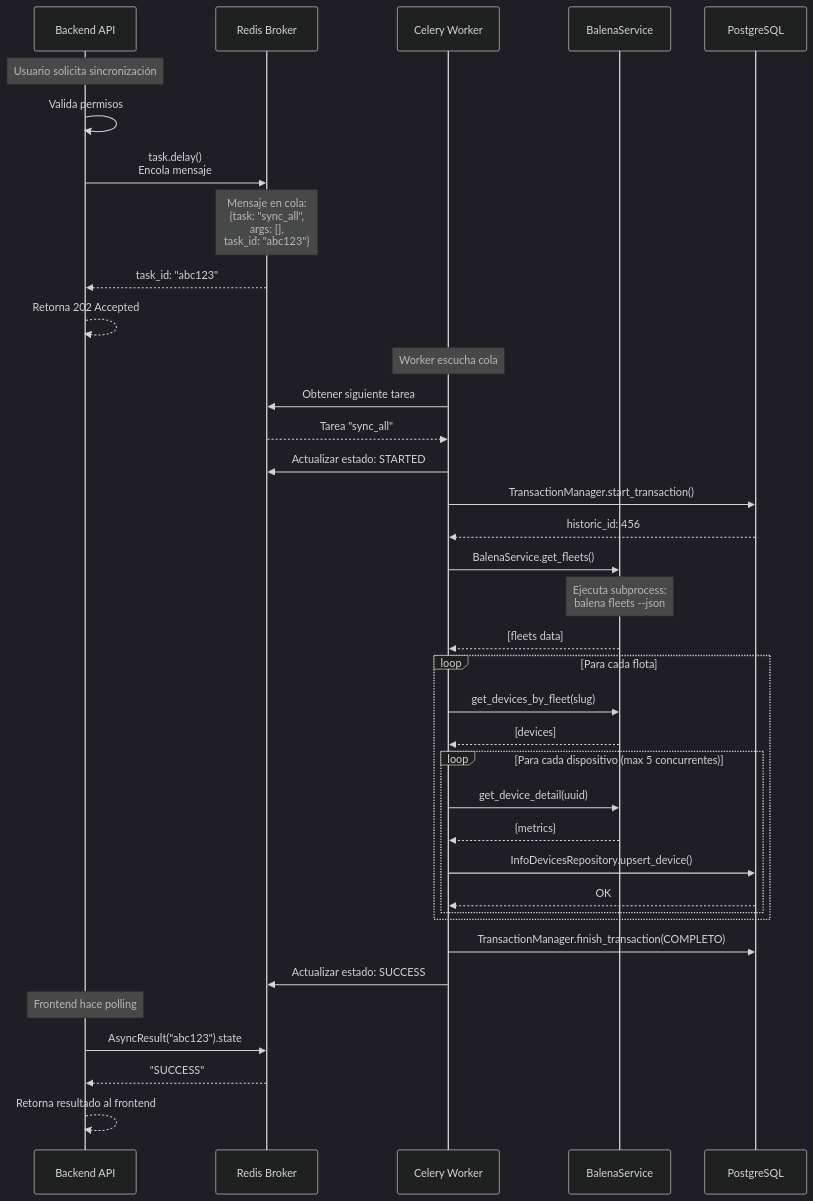
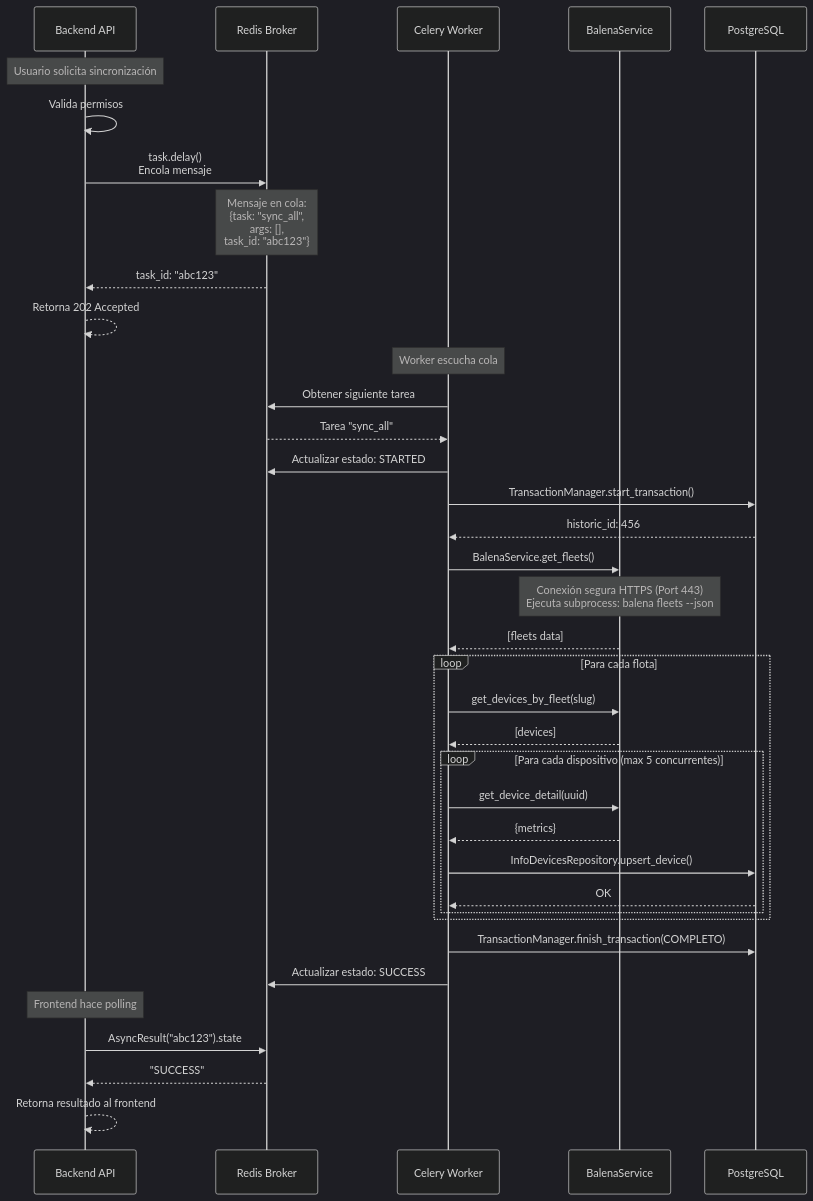
One commit to DanielUlfr2/inspector-api changed the third of 11 diagrams in .aidlc/technical_flow_diagrams.md. Above: the diagram before and after it, drawn with Mermaid (dark theme). The commit also changed 11 other files, not shown here.

````diff
--- a/.aidlc/technical_flow_diagrams.md
+++ b/.aidlc/technical_flow_diagrams.md
@@ -86,49 +86,49 @@
 ```mermaid
 sequenceDiagram
     participant API as Backend API
     participant Redis as Redis Broker
     participant Worker as Celery Worker
     participant Balena as BalenaService
     participant PG as PostgreSQL
     
     Note over API: Usuario solicita sincronización
     API->>API: Valida permisos
     API->>Redis: task.delay()<br/>Encola mensaje
     
     Note over Redis: Mensaje en cola:<br/>{task: "sync_all",<br/>args: [],<br/>task_id: "abc123"}
     
     Redis-->>API: task_id: "abc123"
     API-->>API: Retorna 202 Accepted
     
     Note over Worker: Worker escucha cola
     Worker->>Redis: Obtener siguiente tarea
     Redis-->>Worker: Tarea "sync_all"
     
     Worker->>Redis: Actualizar estado: STARTED
     Worker->>PG: TransactionManager.start_transaction()
     PG-->>Worker: historic_id: 456
     
     Worker->>Balena: BalenaService.get_fleets()
-    Note over Balena: Ejecuta subprocess:<br/>balena fleets --json
+    Note over Balena: Conexión segura HTTPS (Port 443)<br/>Ejecuta subprocess: balena fleets --json
     Balena-->>Worker: [fleets data]
     
     loop Para cada flota
         Worker->>Balena: get_devices_by_fleet(slug)
         Balena-->>Worker: [devices]
         
         loop Para cada dispositivo (max 5 concurrentes)
             Worker->>Balena: get_device_detail(uuid)
             Balena-->>Worker: {metrics}
             Worker->>PG: InfoDevicesRepository.upsert_device()
             PG-->>Worker: OK
         end
     end
     
     Worker->>PG: TransactionManager.finish_transaction(COMPLETO)
     Worker->>Redis: Actualizar estado: SUCCESS
     
     Note over API: Frontend hace polling
     API->>Redis: AsyncResult("abc123").state
     Redis-->>API: "SUCCESS"
     API-->>API: Retorna resultado al frontend
 ```
````
